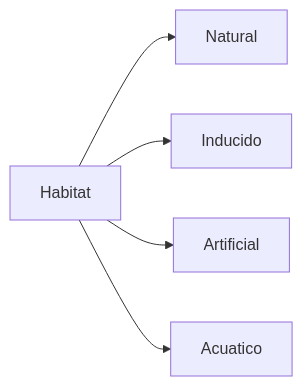
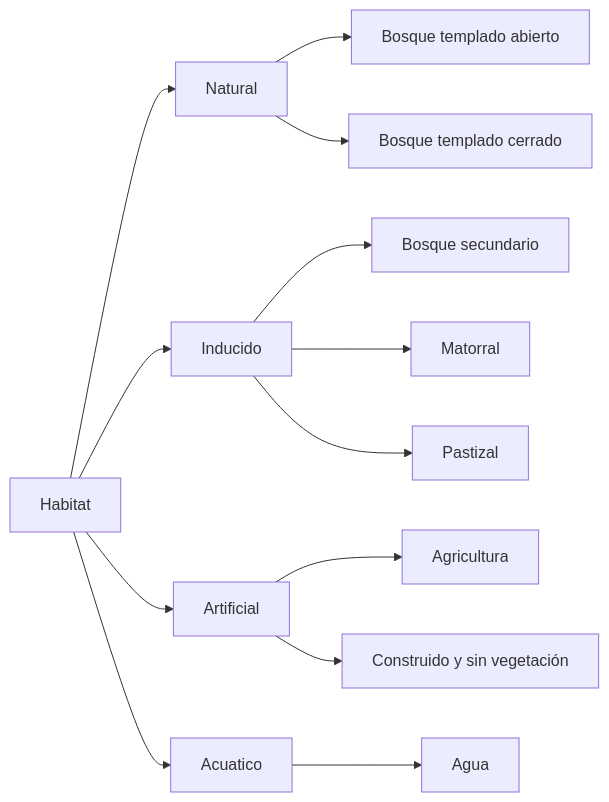
The diagram in LULC/Tapalpa_land_use.mermaid (vshalisko/mixed_GIS_related_scripts), drawn with Mermaid before and after one commit.

```diff
--- a/LULC/Tapalpa_land_use.mermaid
+++ b/LULC/Tapalpa_land_use.mermaid
@@ -1,5 +1,13 @@
 flowchart LR
   A1[Habitat]-->B1[Natural]
   A1-->B2[Inducido]
   A1-->B3[Artificial]
   A1-->B4[Acuatico]
+  B1-->C7[Bosque templado abierto]
+  B1-->C8[Bosque templado cerrado]
+  B2-->C6[Bosque secundario]
+  B2-->C2[Matorral]
+  B2-->C1[Pastizal]
+  B3-->C3[Agricultura]
+  B3-->C4[Construido y sin vegetación]
+  B4-->C5[Agua]
```
